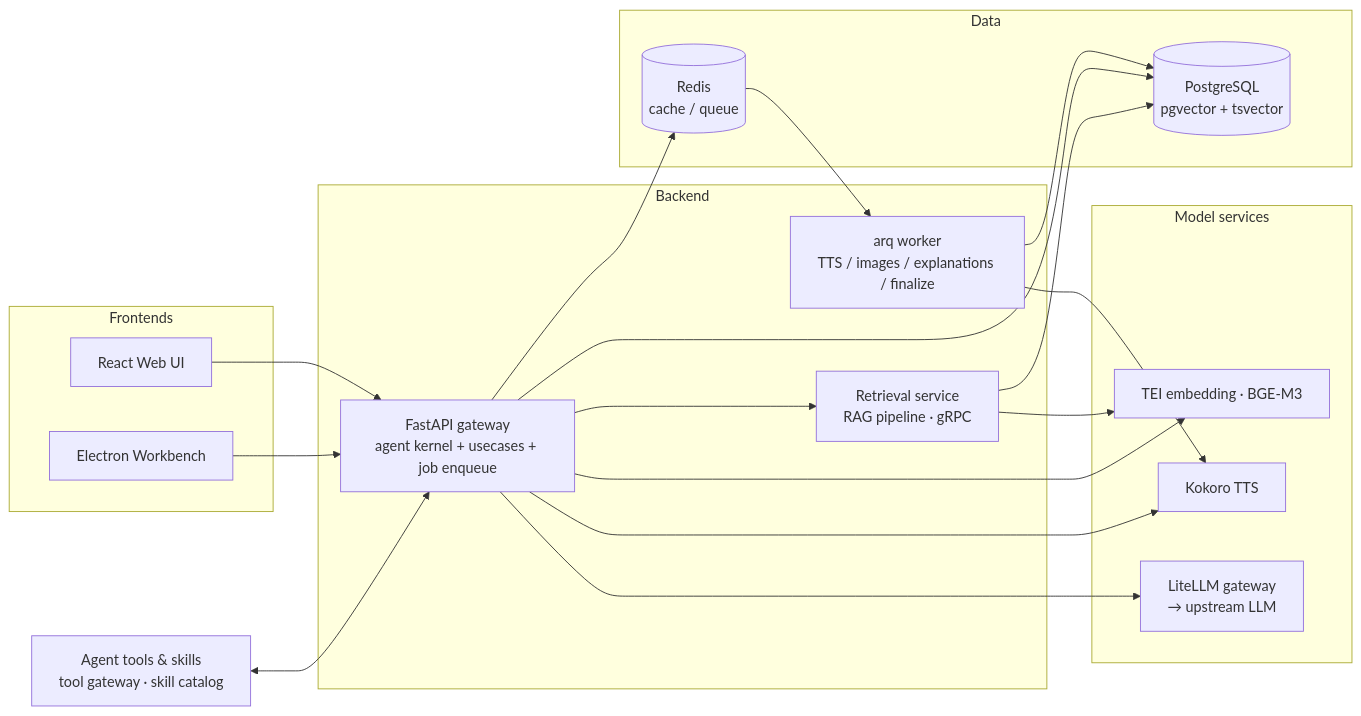
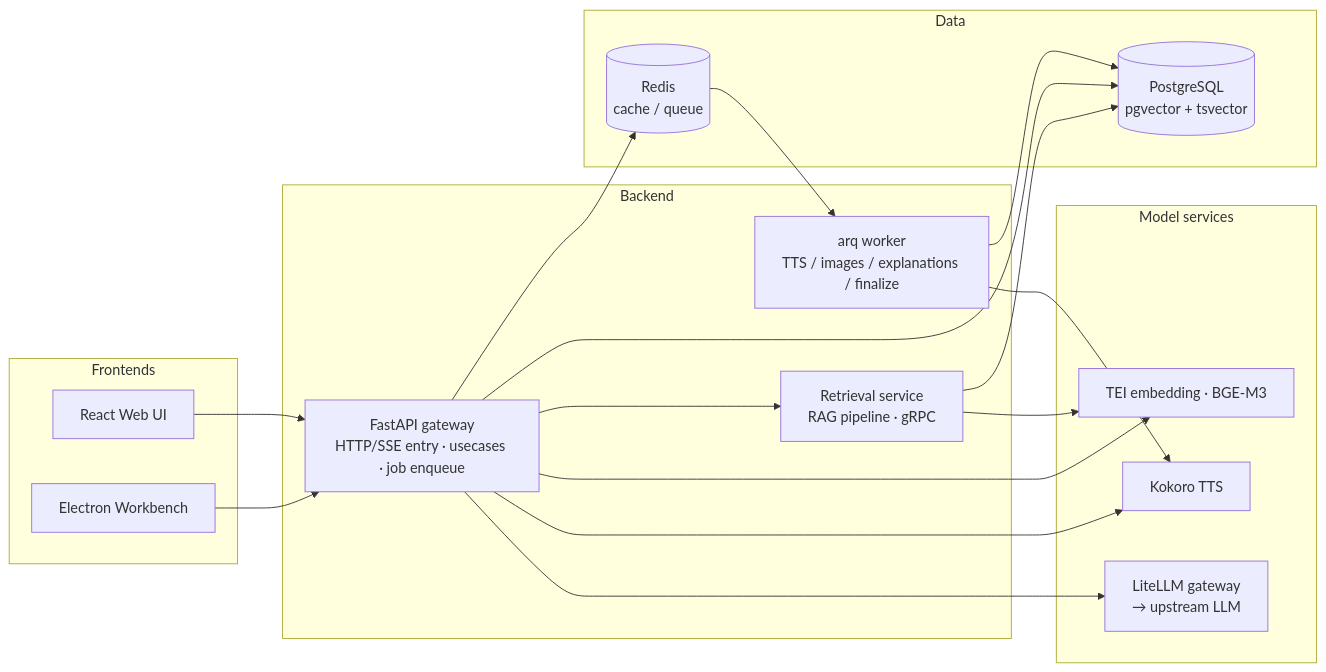
One commit to Eric-LLMs/DeepDive changed the first of 2 diagrams in README.md. Above: the diagram before and after it, drawn with Mermaid. The commit also changed other lines of this file, not shown here.

Commit message:
docs: simplify gateway node and add agent kernel call-flow diagram

````diff
--- a/README.md
+++ b/README.md
@@ -21,37 +21,35 @@
 ```mermaid
 flowchart LR
     subgraph Frontends
         web[React Web UI]
         desk[Electron Workbench]
     end
     subgraph Backend
-        api[FastAPI gateway<br/>agent kernel + usecases + job enqueue]
+        api[FastAPI gateway<br/>HTTP/SSE entry · usecases · job enqueue]
         wk[arq worker<br/>TTS / images / explanations / finalize]
         rs[Retrieval service<br/>RAG pipeline · gRPC]
     end
     subgraph Data
         pg[(PostgreSQL<br/>pgvector + tsvector)]
         rd[(Redis<br/>cache / queue)]
     end
     subgraph Model services
         emb[TEI embedding · BGE-M3]
         tts[Kokoro TTS]
         llm[LiteLLM gateway<br/>→ upstream LLM]
     end
-    agt[Agent tools & skills<br/>tool gateway · skill catalog]
 
     web --> api
     desk --> api
-    agt <--> api
     api --> rd
     rd --> wk
     api --> pg
     wk --> pg
     api --> rs
     rs --> pg
     api --> emb
     api --> tts
     api --> llm
     wk --> tts
     rs --> emb
 ```
````
